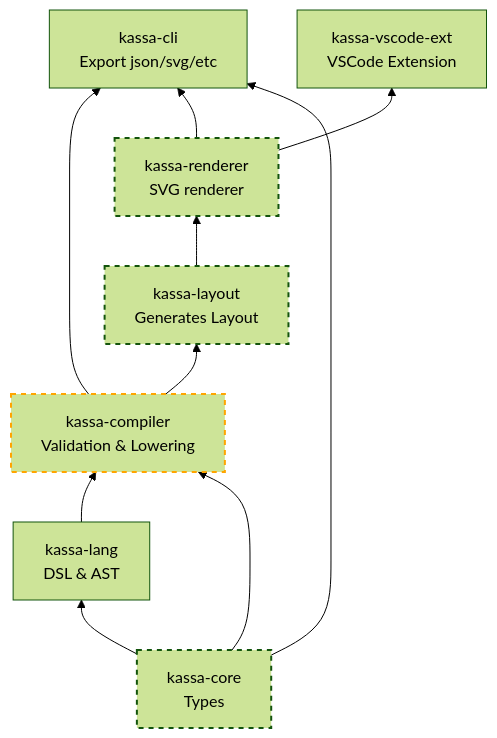
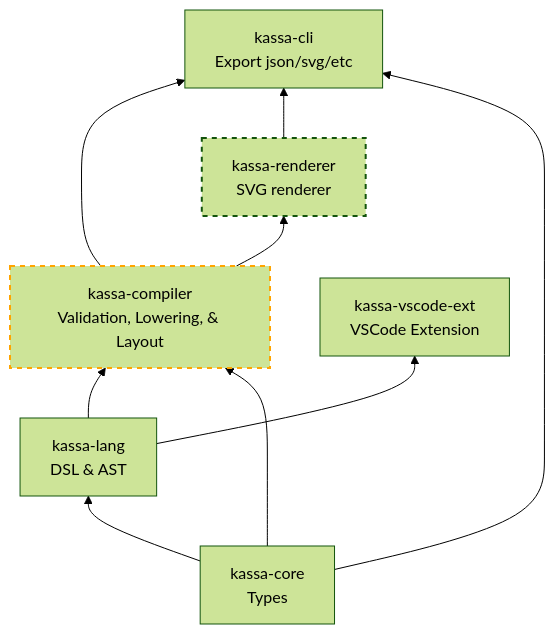
One commit to Kheirlb/kassa changed the second of 2 diagrams in README.md. Above: the diagram before and after it, drawn with Mermaid (forest theme). The commit also changed other lines of this file and 13 other files, not shown here.

````diff
--- a/README.md
+++ b/README.md
@@ -48,31 +48,27 @@
 ```mermaid
 flowchart BT
     core[kassa-core<br/>Types]
     lang[kassa-lang<br/>DSL & AST]
-    compiler[kassa-compiler<br/>Validation & Lowering]
-    layout[kassa-layout<br/>Generates Layout]
+    compiler[kassa-compiler<br/>Validation, Lowering, & Layout]
     render[kassa-renderer<br/>SVG renderer]
     cli[kassa-cli<br/>Export json/svg/etc]
     vscode[kassa-vscode-ext<br/>VSCode Extension]
 
     core --> lang
     lang --> compiler
     core --> compiler
 
-    compiler --> layout
-    layout --> render
+    compiler --> render
     compiler --> cli
 
     render --> cli
     core --> cli
 
-    render --> vscode
+    lang --> vscode
 
     classDef todo stroke-width:2px,stroke-dasharray:5;
     classDef focus stroke:orange,stroke-width:2px,stroke-dasharray:5;
 
     class compiler focus
-    class core todo
-    class layout todo
     class render todo
 ```
````
